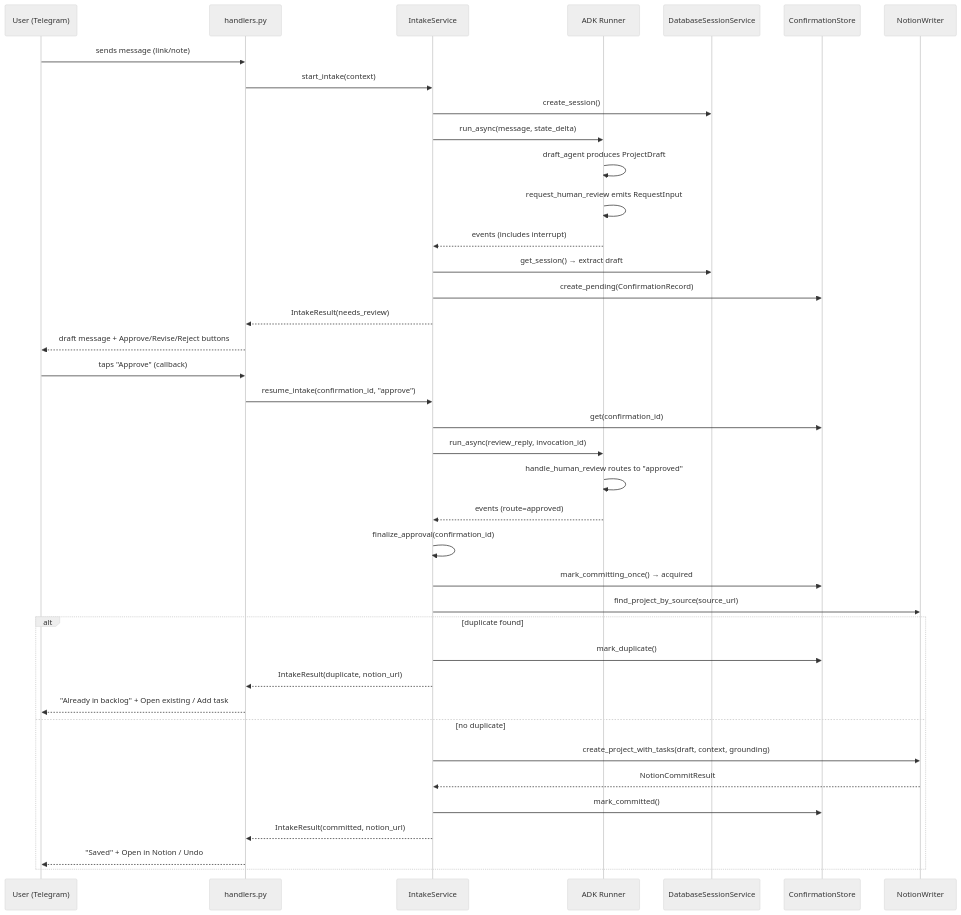
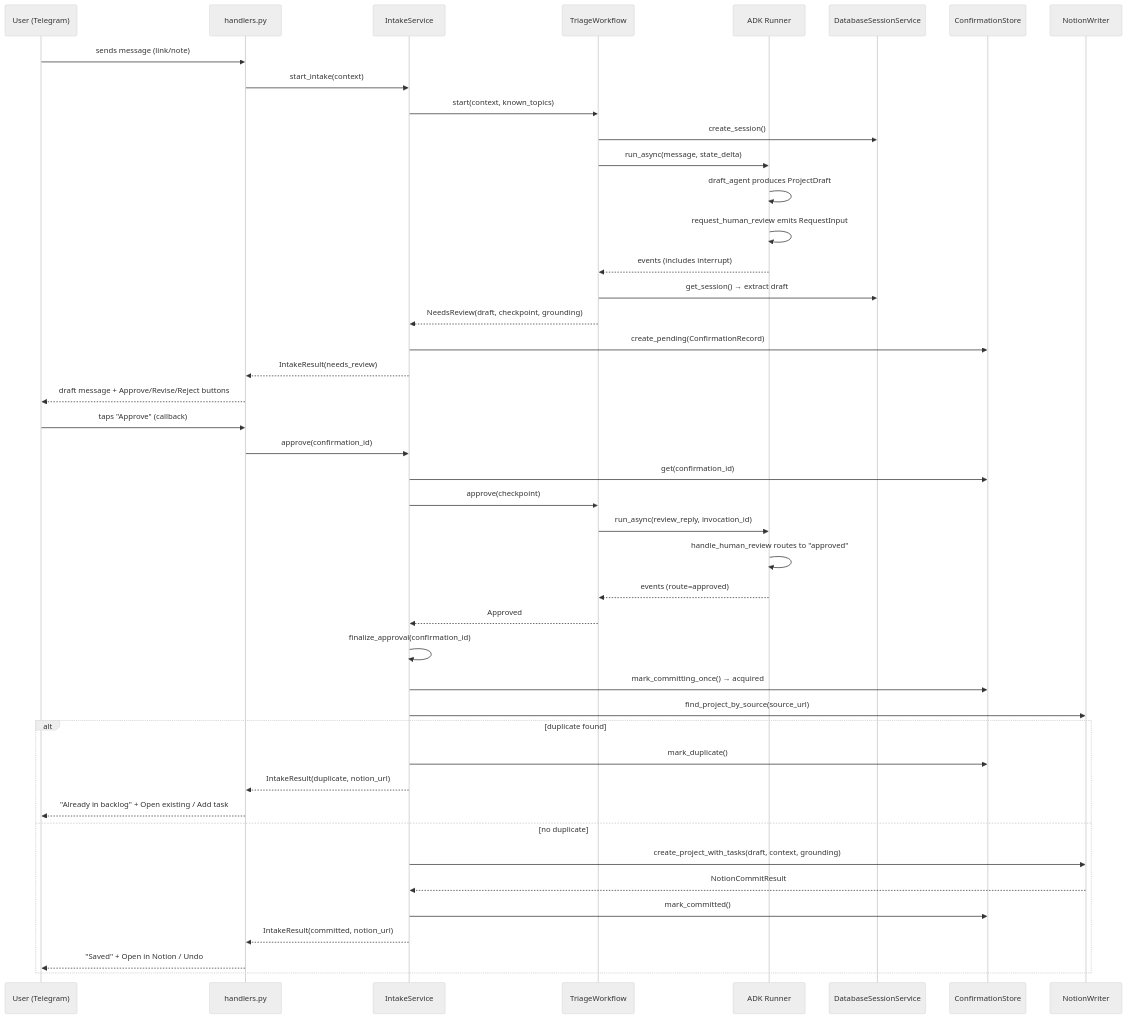
The second of 3 diagrams in openwiki/workflows/intake-flow.md (iamtokarev/backlog-tamer), drawn with Mermaid (neutral theme) before and after one commit. The commit also changed other lines of this file and 9 other files, not shown here.

Commit message:
docs: refresh OpenWiki and resolve triage workflow seam tickets

````diff
--- a/openwiki/workflows/intake-flow.md
+++ b/openwiki/workflows/intake-flow.md
@@ -62,43 +64,48 @@
 ```mermaid
 sequenceDiagram
     participant U as User (Telegram)
     participant H as handlers.py
     participant IS as IntakeService
+    participant TW as TriageWorkflow
     participant R as ADK Runner
     participant SS as DatabaseSessionService
     participant CS as ConfirmationStore
     participant NW as NotionWriter
 
     U->>H: sends message (link/note)
     H->>IS: start_intake(context)
-    IS->>SS: create_session()
-    IS->>R: run_async(message, state_delta)
+    IS->>TW: start(context, known_topics)
+    TW->>SS: create_session()
+    TW->>R: run_async(message, state_delta)
     R->>R: draft_agent produces ProjectDraft
     R->>R: request_human_review emits RequestInput
-    R-->>IS: events (includes interrupt)
-    IS->>SS: get_session() → extract draft
+    R-->>TW: events (includes interrupt)
+    TW->>SS: get_session() → extract draft
+    TW-->>IS: NeedsReview(draft, checkpoint, grounding)
     IS->>CS: create_pending(ConfirmationRecord)
     IS-->>H: IntakeResult(needs_review)
     H-->>U: draft message + Approve/Revise/Reject buttons
 
     U->>H: taps "Approve" (callback)
-    H->>IS: resume_intake(confirmation_id, "approve")
+    H->>IS: approve(confirmation_id)
     IS->>CS: get(confirmation_id)
-    IS->>R: run_async(review_reply, invocation_id)
+    IS->>TW: approve(checkpoint)
+    TW->>R: run_async(review_reply, invocation_id)
     R->>R: handle_human_review routes to "approved"
-    R-->>IS: events (route=approved)
+    R-->>TW: events (route=approved)
+    TW-->>IS: Approved
     IS->>IS: finalize_approval(confirmation_id)
     IS->>CS: mark_committing_once() → acquired
     IS->>NW: find_project_by_source(source_url)
     alt duplicate found
         IS->>CS: mark_duplicate()
         IS-->>H: IntakeResult(duplicate, notion_url)
         H-->>U: "Already in backlog" + Open existing / Add task
     else no duplicate
         IS->>NW: create_project_with_tasks(draft, context, grounding)
         NW-->>IS: NotionCommitResult
         IS->>CS: mark_committed()
         IS-->>H: IntakeResult(committed, notion_url)
         H-->>U: "Saved" + Open in Notion / Undo
     end
 ```
````
